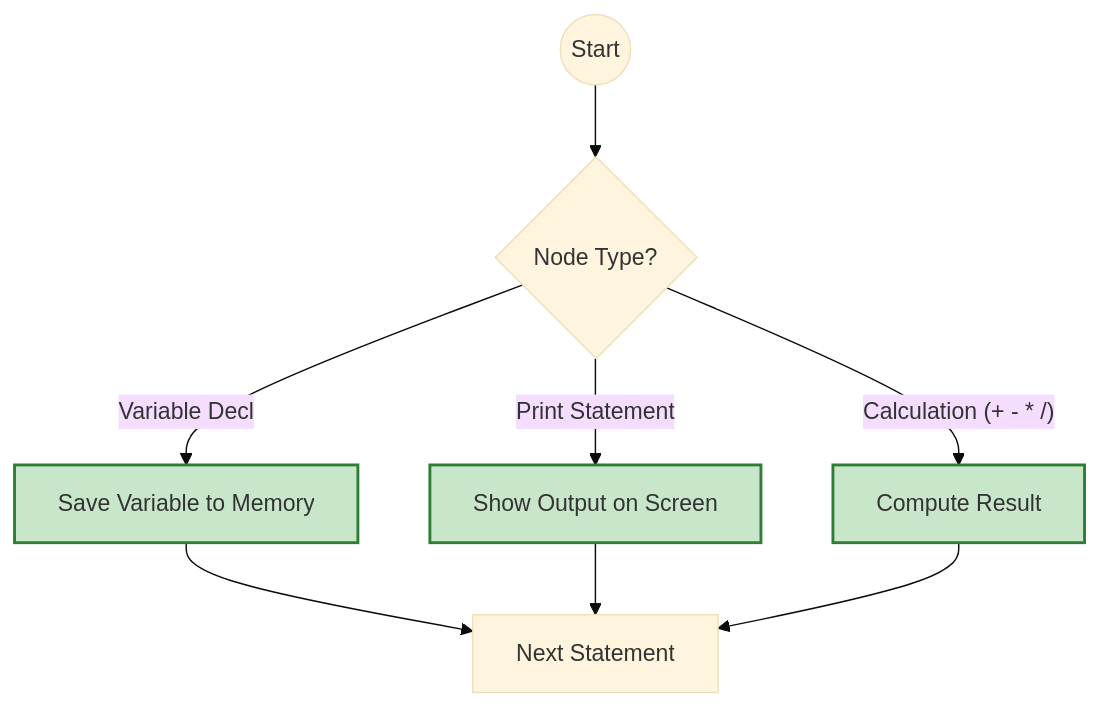
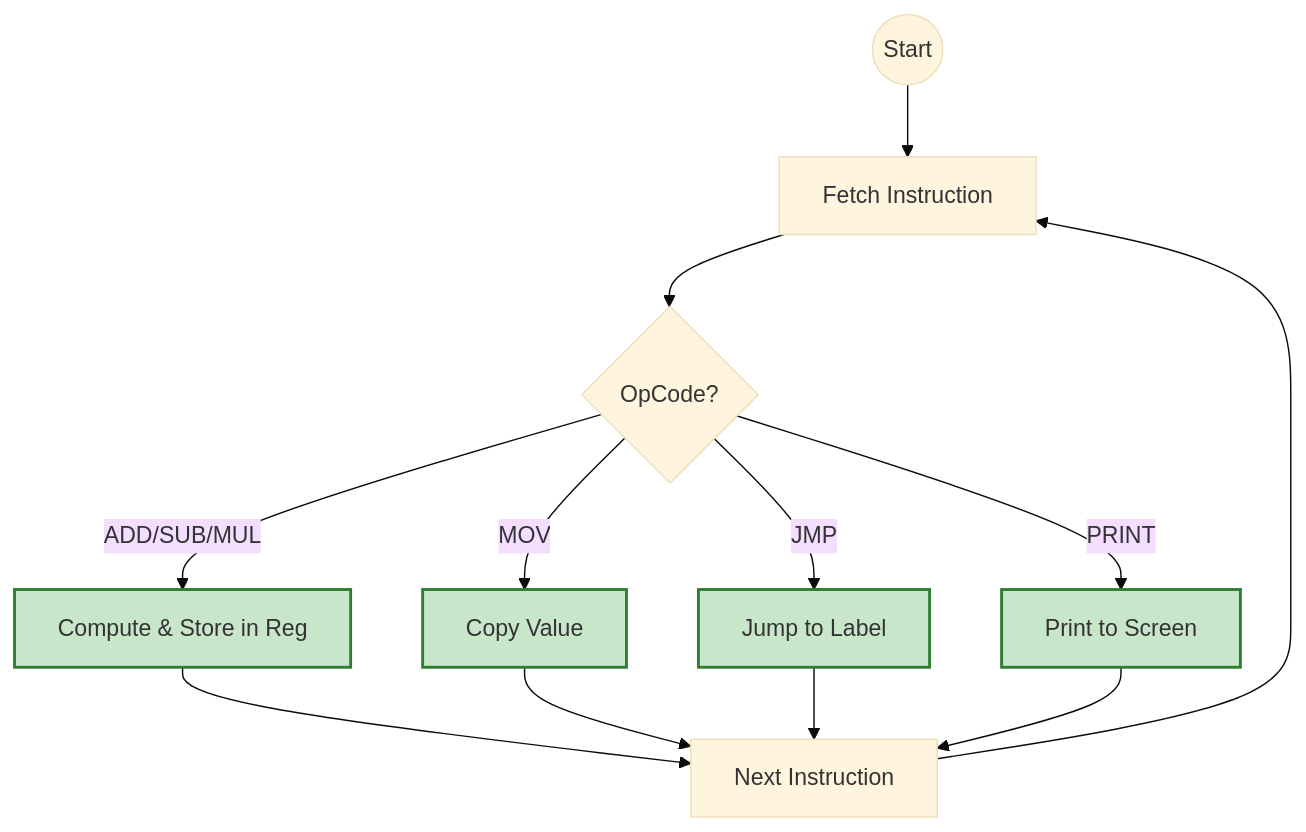
The third of 4 diagrams in flowchart.md (AdityaPandey-DEV/Optimix-Compiler), drawn with Mermaid (base theme) before and after one commit. The commit also changed other lines of this file and 4 other files, not shown here.

````diff
--- a/flowchart.md
+++ b/flowchart.md
@@ -81,16 +80,22 @@
 ```mermaid
 graph TD
     classDef process fill:#c8e6c9,stroke:#2e7d32,stroke-width:2px;
 
-    Start((Start)) --> Node{Node Type?}
+    Start((Start)) --> Fetch[Fetch Instruction]
     
-    Node -- "Variable Decl" --> Save["Save Variable to Memory"]
-    Node -- "Print Statement" --> Show["Show Output on Screen"]
-    Node -- "Calculation (+ - * /)" --> Math["Compute Result"]
+    Fetch --> Decode{OpCode?}
     
-    Save --> Next[Next Statement]
-    Show --> Next
-    Math --> Next
+    Decode -- "ADD/SUB/MUL" --> Math["Compute & Store in Reg"]
+    Decode -- "MOV" --> Move["Copy Value"]
+    Decode -- "JMP" --> Jump["Jump to Label"]
+    Decode -- "PRINT" --> IO["Print to Screen"]
     
-    class Save,Show,Math process;
+    Math --> Next[Next Instruction]
+    Move --> Next
+    Jump --> Next
+    IO --> Next
+    
+    Next --> Fetch
+    
+    class Math,Move,Jump,IO process;
 ```
````
